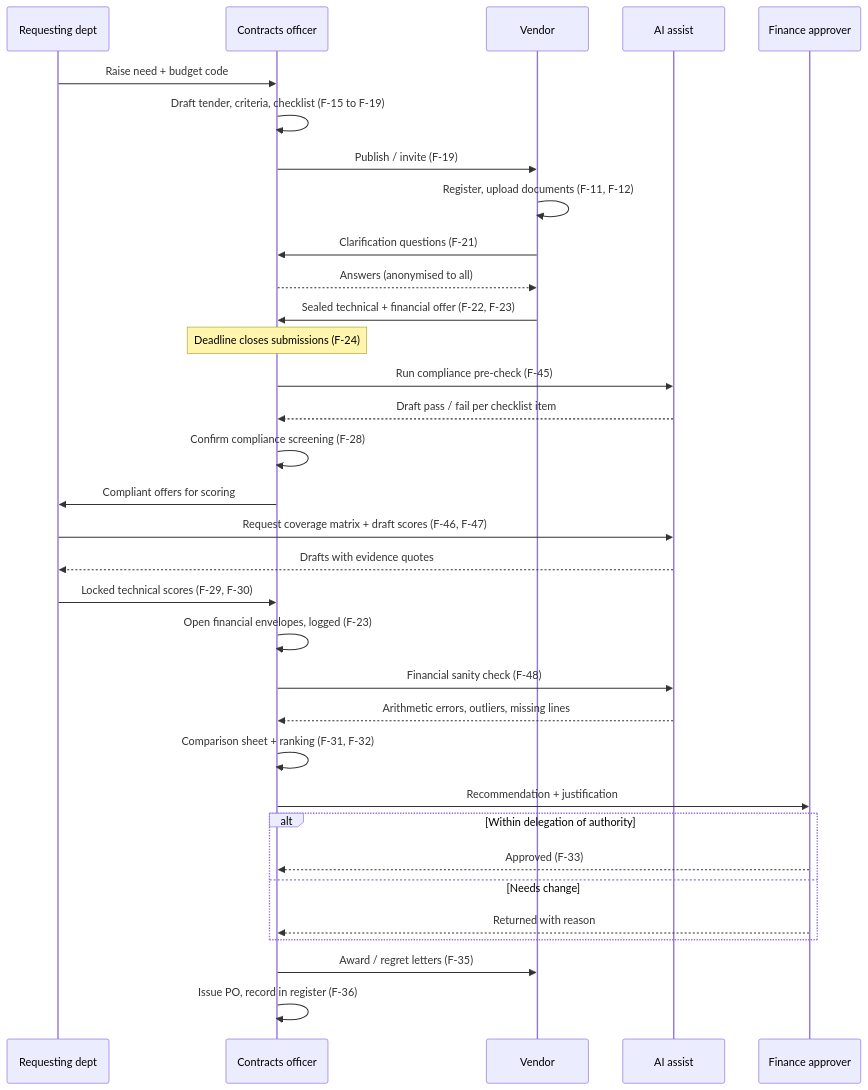
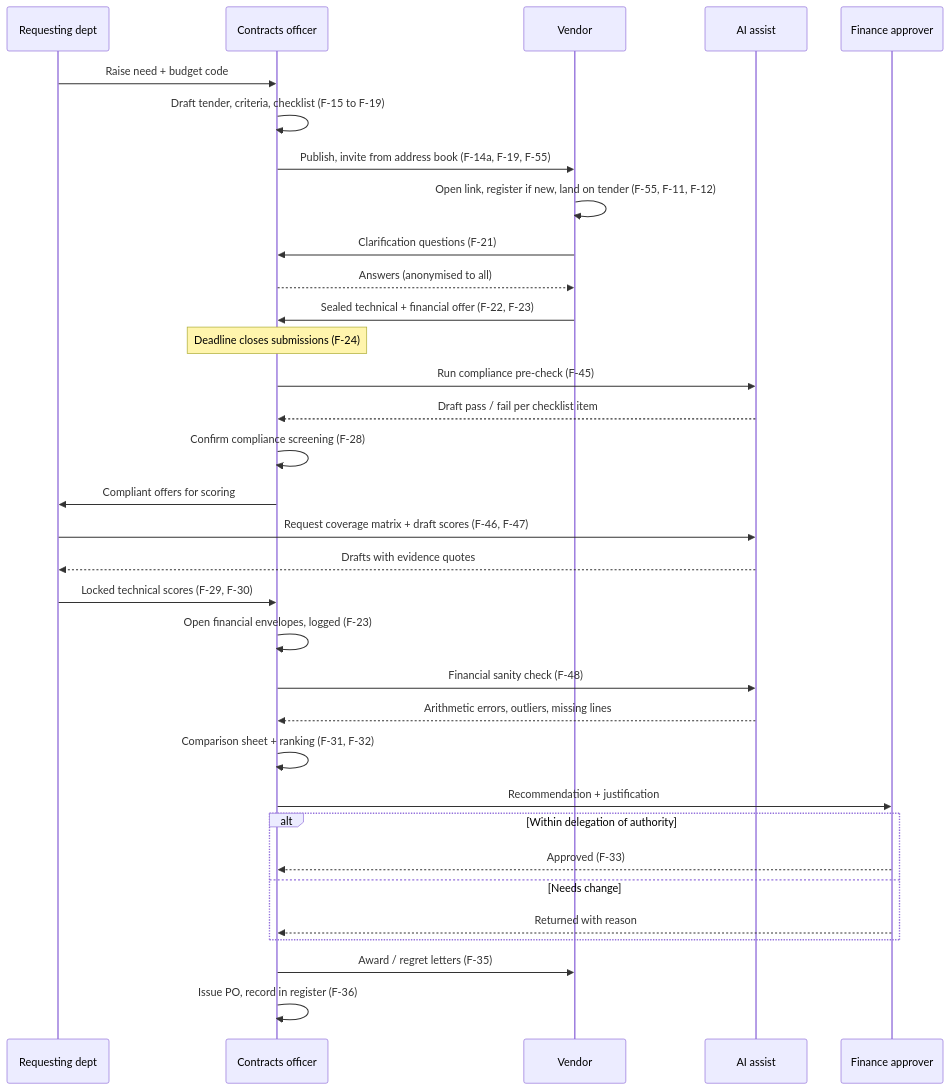
Before and after one commit to AhmedAssaf/ERP: the second of 13 diagrams in docs/03-diagrams.md, drawn with Mermaid. The commit also changed other lines of this file and 4 other files, not shown here.

First line of the commit message:
Add F-55 tender invitation with registration continuation and F-14a address book

````diff
--- a/docs/03-diagrams.md
+++ b/docs/03-diagrams.md
@@ -55,36 +55,36 @@
 ```mermaid
 sequenceDiagram
     participant RD as Requesting dept
     participant CO as Contracts officer
     participant V as Vendor
     participant AI as AI assist
     participant FA as Finance approver
 
     RD->>CO: Raise need + budget code
     CO->>CO: Draft tender, criteria, checklist (F-15 to F-19)
-    CO->>V: Publish / invite (F-19)
-    V->>V: Register, upload documents (F-11, F-12)
+    CO->>V: Publish, invite from address book (F-14a, F-19, F-55)
+    V->>V: Open link, register if new, land on tender (F-55, F-11, F-12)
     V->>CO: Clarification questions (F-21)
     CO-->>V: Answers (anonymised to all)
     V->>CO: Sealed technical + financial offer (F-22, F-23)
     Note over CO: Deadline closes submissions (F-24)
     CO->>AI: Run compliance pre-check (F-45)
     AI-->>CO: Draft pass / fail per checklist item
     CO->>CO: Confirm compliance screening (F-28)
     CO->>RD: Compliant offers for scoring
     RD->>AI: Request coverage matrix + draft scores (F-46, F-47)
     AI-->>RD: Drafts with evidence quotes
     RD->>CO: Locked technical scores (F-29, F-30)
     CO->>CO: Open financial envelopes, logged (F-23)
     CO->>AI: Financial sanity check (F-48)
     AI-->>CO: Arithmetic errors, outliers, missing lines
     CO->>CO: Comparison sheet + ranking (F-31, F-32)
     CO->>FA: Recommendation + justification
     alt Within delegation of authority
         FA-->>CO: Approved (F-33)
     else Needs change
         FA-->>CO: Returned with reason
     end
     CO->>V: Award / regret letters (F-35)
     CO->>CO: Issue PO, record in register (F-36)
 ```
````
